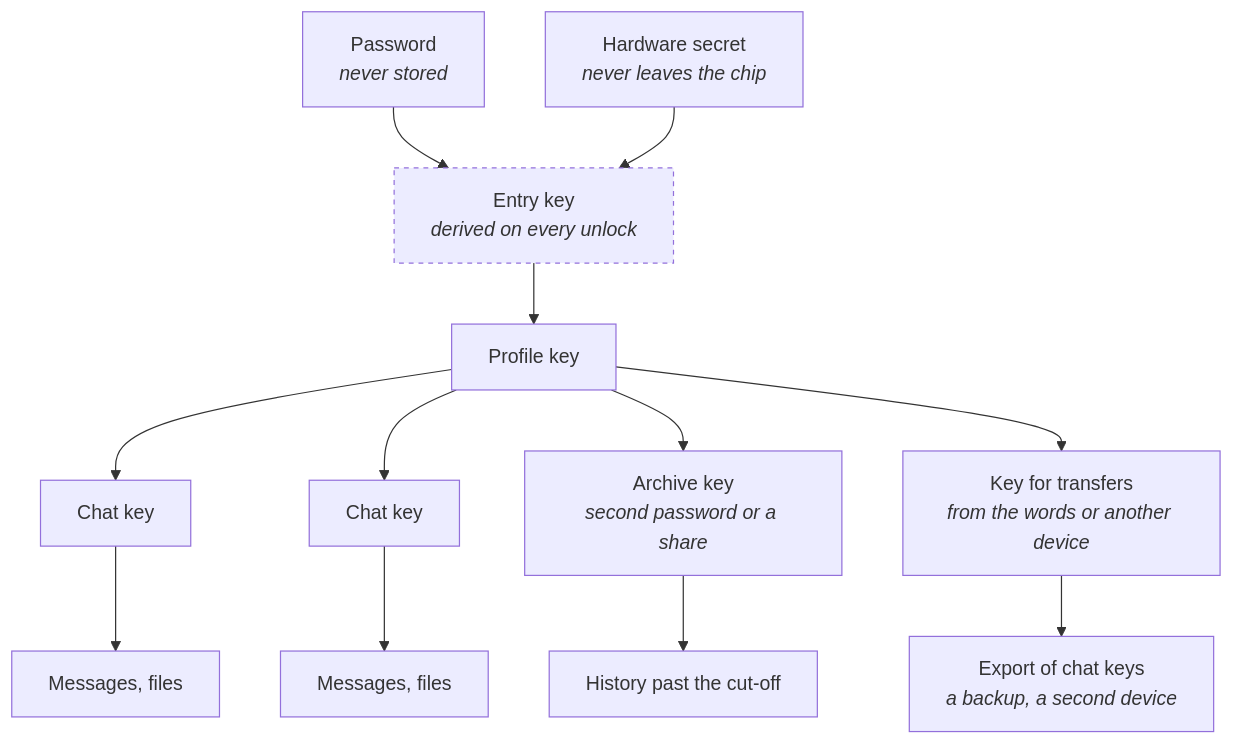
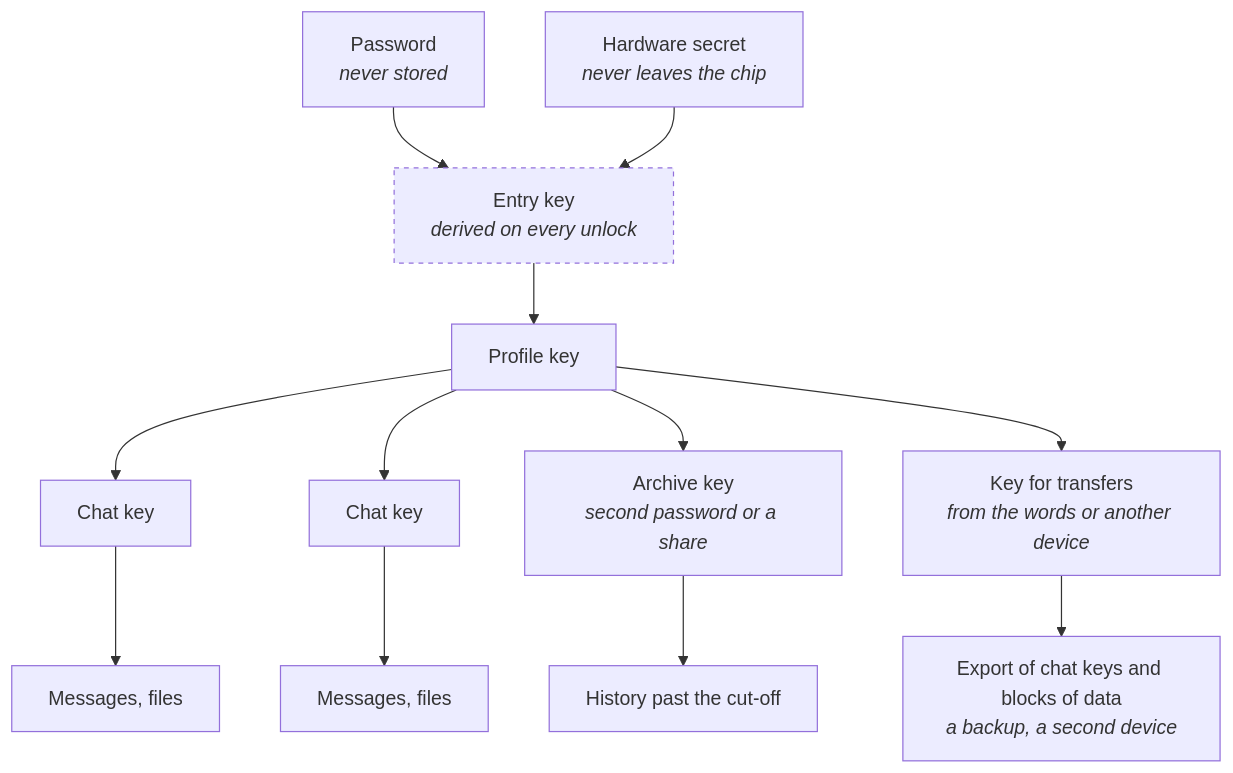
The diagram in README.md (wisper-dev/lethewis), drawn with Mermaid before and after one commit. The commit also changed other lines of this file and 14 other files, not shown here.

First line of the commit message:
Carry blocks of data under a key for transfers

````diff
--- a/README.md
+++ b/README.md
@@ -24,17 +24,17 @@
 ```mermaid
 graph TD
     PW["Password<br/><i>never stored</i>"] --> EK
     HW["Hardware secret<br/><i>never leaves the chip</i>"] --> EK
     EK["Entry key<br/><i>derived on every unlock</i>"]
     EK --> PK["Profile key"]
     PK --> CK1["Chat key"]
     PK --> CK2["Chat key"]
     PK --> AK["Archive key<br/><i>second password or a share</i>"]
     PK --> TK["Key for transfers<br/><i>from the words or another device</i>"]
-    TK --> X["Export of chat keys<br/><i>a backup, a second device</i>"]
+    TK --> X["Export of chat keys and blocks of data<br/><i>a backup, a second device</i>"]
     CK1 --> D1["Messages, files"]
     CK2 --> D2["Messages, files"]
     AK --> D3["History past the cut-off"]
 
     style EK stroke-dasharray: 4 4
 ```
````
